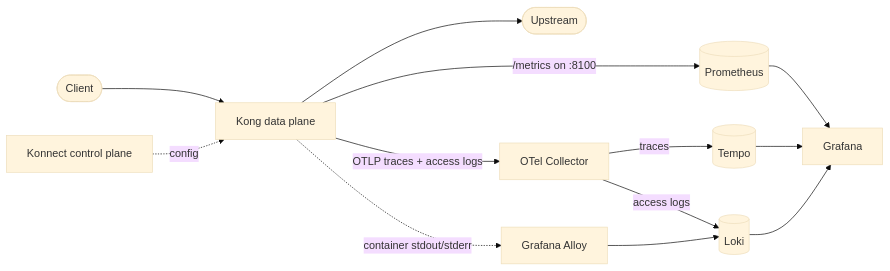
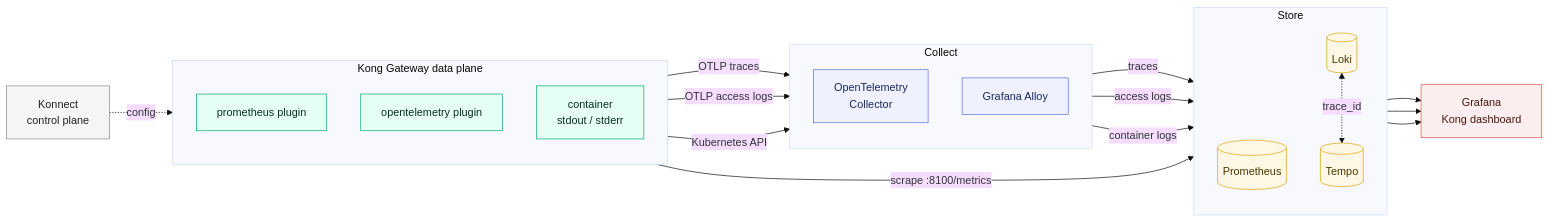
Before and after one commit to bhatikuldeep/kong-grafana-observability-stack: the diagram in README.md, drawn with Mermaid (base theme). The commit also changed other lines of this file and 5 other files, not shown here.

First line of the commit message:
Four tasks (up, test, down, clean), new diagram

````diff
--- a/README.md
+++ b/README.md
@@ -11,14 +11,50 @@
 ```mermaid
 flowchart LR
-  client([Client]) --> dp[Kong data plane]
-  cp[Konnect control plane] -. config .-> dp
-  dp --> up([Upstream])
-  dp -- "/metrics on :8100" --> prom[(Prometheus)]
-  dp -- "OTLP traces + access logs" --> col[OTel Collector]
-  col -- traces --> tempo[(Tempo)]
-  col -- access logs --> loki[(Loki)]
-  dp -. "container stdout/stderr" .-> alloy[Grafana Alloy] --> loki
-  prom --> graf[Grafana]
-  tempo --> graf
-  loki --> graf
+  konnect["Konnect<br/>control plane"]
+
+  subgraph kong["Kong Gateway data plane"]
+    direction TB
+    promplugin["prometheus plugin"]
+    otelplugin["opentelemetry plugin"]
+    stdout["container<br/>stdout / stderr"]
+  end
+
+  subgraph collect["Collect"]
+    direction TB
+    collector["OpenTelemetry<br/>Collector"]
+    alloy["Grafana Alloy"]
+  end
+
+  subgraph store["Store"]
+    direction TB
+    prometheus[("Prometheus")]
+    tempo[("Tempo")]
+    loki[("Loki")]
+  end
+
+  grafana["Grafana<br/>Kong dashboard"]
+
+  konnect -. "config" .-> kong
+  promplugin -- "scrape :8100/metrics" --> prometheus
+  otelplugin -- "OTLP traces" --> collector
+  otelplugin -- "OTLP access logs" --> collector
+  stdout -- "Kubernetes API" --> alloy
+  collector -- "traces" --> tempo
+  collector -- "access logs" --> loki
+  alloy -- "container logs" --> loki
+  prometheus --> grafana
+  tempo --> grafana
+  loki --> grafana
+  loki <-. "trace_id" .-> tempo
+
+  classDef kongnode fill:#e6fff5,stroke:#00a86b,color:#0b2e20
+  classDef pipe fill:#eef2ff,stroke:#5b6bd6,color:#1e255e
+  classDef db fill:#fff7e6,stroke:#d9a400,color:#4a3600
+  classDef ui fill:#fdeeee,stroke:#d9534f,color:#4a1514
+  classDef ext fill:#f5f5f5,stroke:#888,color:#222
+  class promplugin,otelplugin,stdout kongnode
+  class collector,alloy pipe
+  class prometheus,tempo,loki db
+  class grafana ui
+  class konnect ext
 ```
````
